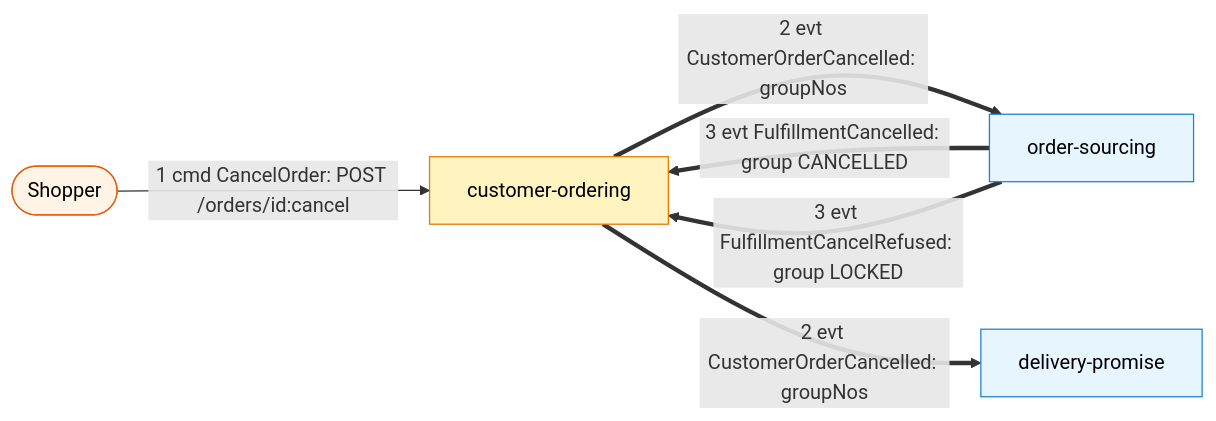
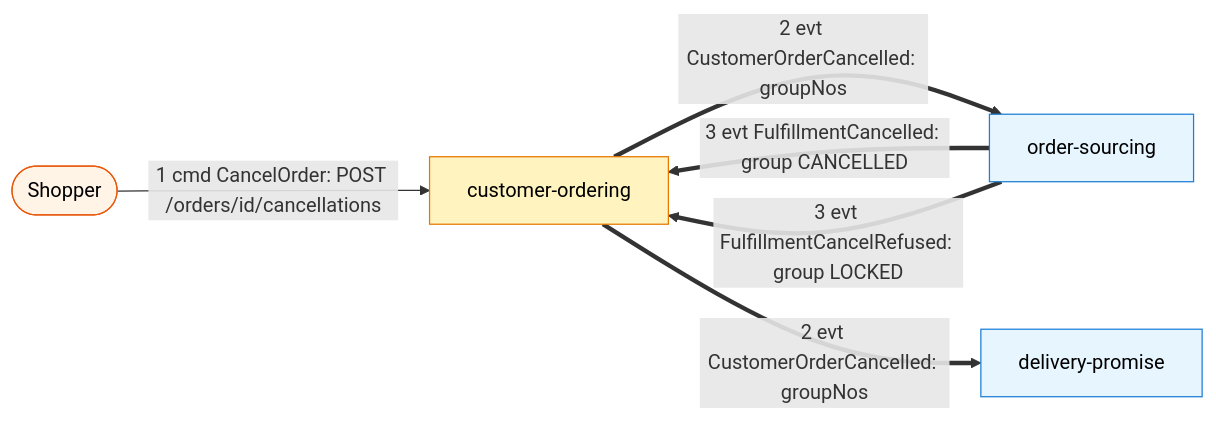
One commit to IQVO/customer-ordering changed the third of 5 diagrams in docs/docs/ddd/domain-message-flow.md. Above: the diagram before and after it, drawn with Mermaid. The commit also changed other lines of this file and 39 other files, not shown here.

````diff
--- a/docs/docs/ddd/domain-message-flow.md
+++ b/docs/docs/ddd/domain-message-flow.md
@@ -63,15 +63,15 @@
 ```mermaid
 flowchart LR
   classDef ctx fill:#e7f5ff,stroke:#1c7ed6,color:#000
   classDef actor fill:#fff4e6,stroke:#e8590c,color:#000
   classDef bc fill:#fff3bf,stroke:#e67700,color:#000
   S([Shopper]):::actor
   CO[customer-ordering]:::bc
   OS[order-sourcing]:::ctx
   DP[delivery-promise]:::ctx
-  S -->|"1 cmd CancelOrder: POST /orders/id:cancel"| CO
+  S -->|"1 cmd CancelOrder: POST /orders/id/cancellations"| CO
   CO ==>|"2 evt CustomerOrderCancelled: groupNos"| OS
   CO ==>|"2 evt CustomerOrderCancelled: groupNos"| DP
   OS ==>|"3 evt FulfillmentCancelled: group CANCELLED"| CO
   OS ==>|"3 evt FulfillmentCancelRefused: group LOCKED"| CO
 ```
````
